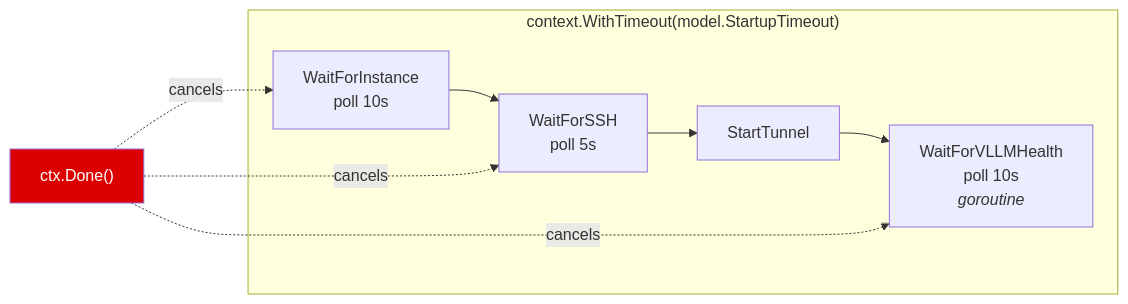
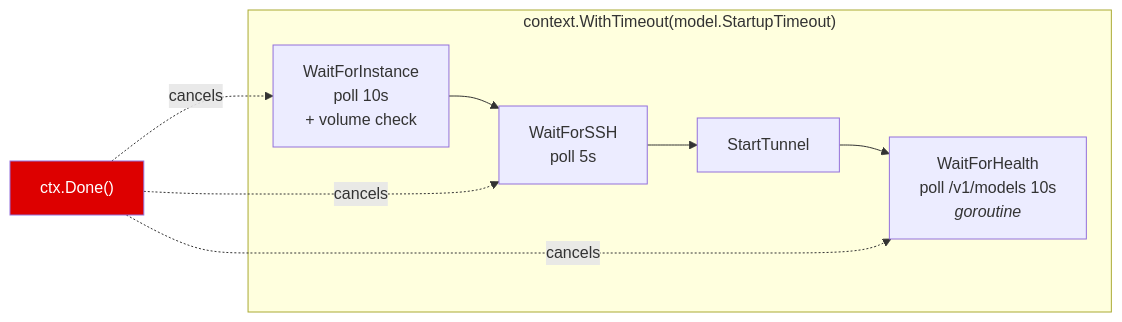
Before and after one commit to WWTLF/mycodeagent: the third of 7 diagrams in docs/Solution.md, drawn with Mermaid. The commit also changed other lines of this file and 6 other files, not shown here.

````diff
--- a/docs/Solution.md
+++ b/docs/Solution.md
@@ -103,14 +135,14 @@
 ```mermaid
 graph LR
     subgraph "context.WithTimeout(model.StartupTimeout)"
-        A["WaitForInstance<br/>poll 10s"] --> B["WaitForSSH<br/>poll 5s"]
+        A["WaitForInstance<br/>poll 10s<br/>+ volume check"] --> B["WaitForSSH<br/>poll 5s"]
         B --> C["StartTunnel"]
-        C --> D["WaitForVLLMHealth<br/>poll 10s<br/><i>goroutine</i>"]
+        C --> D["WaitForHealth<br/>poll /v1/models 10s<br/><i>goroutine</i>"]
     end
 
     T["ctx.Done()"] -.->|cancels| A
     T -.->|cancels| B
     T -.->|cancels| D
 
     style T fill:#d00,color:#fff
 ```
````
